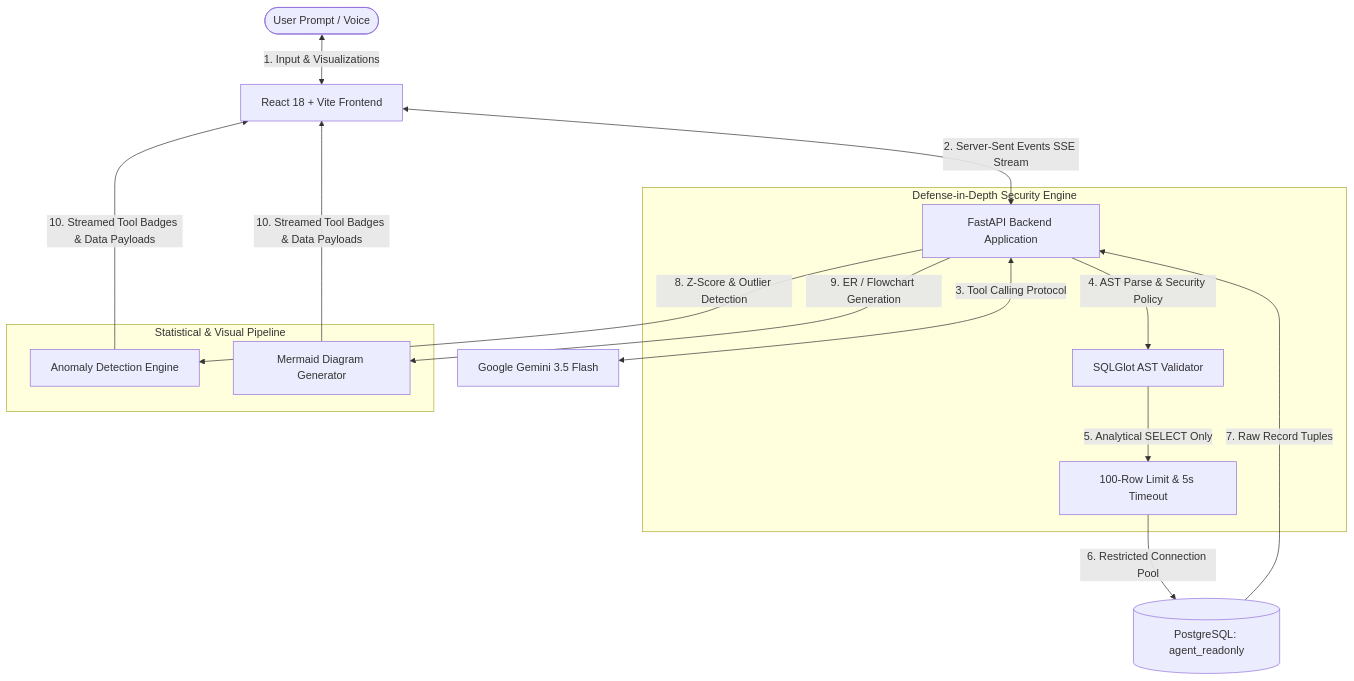
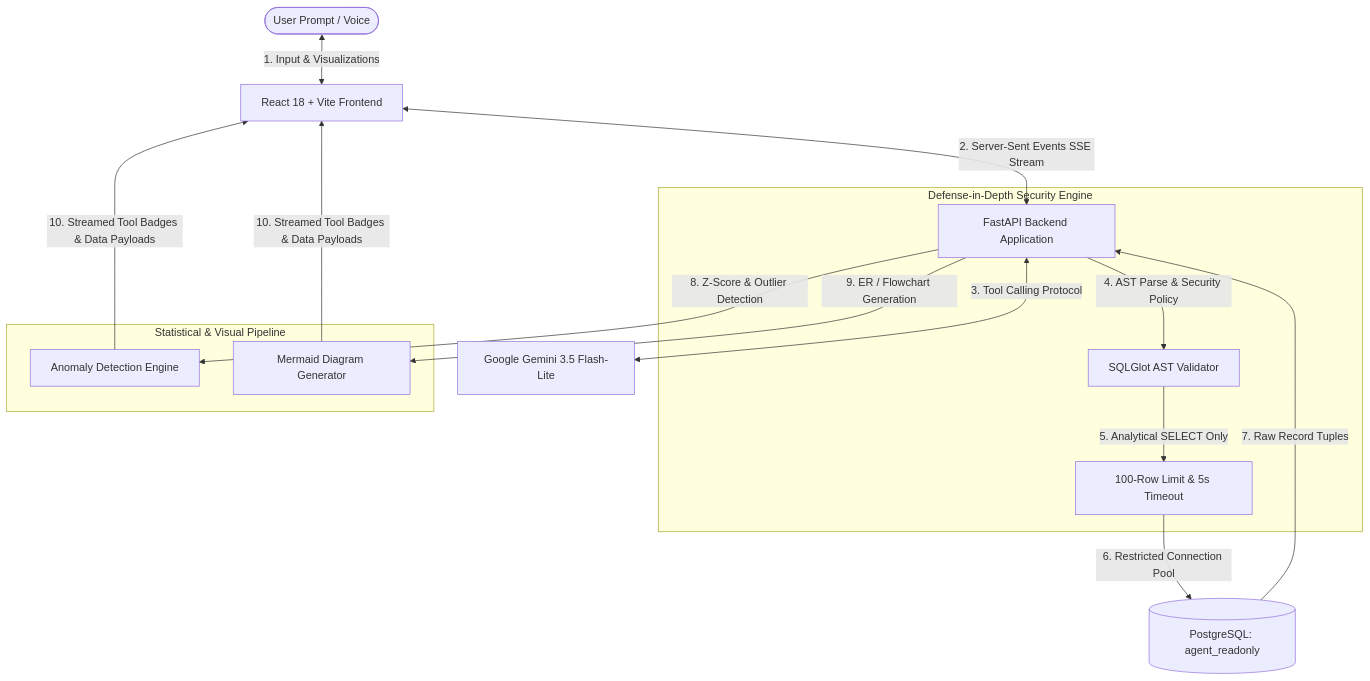
Before and after one commit to balax-24/ledger-sql-agent: the diagram in README.md, drawn with Mermaid. The commit also changed other lines of this file and 15 other files, not shown here.

````diff
--- a/README.md
+++ b/README.md
@@ -106,22 +109,22 @@
 ```mermaid
 flowchart TD
     User([User Prompt / Voice]) <-->|1. Input & Visualizations| UI[React 18 + Vite Frontend]
     UI <-->|2. Server-Sent Events SSE Stream| Backend[FastAPI Backend Application]
-    Backend <-->|3. Tool Calling Protocol| LLM[Google Gemini 3.5 Flash]
+    Backend <-->|3. Tool Calling Protocol| LLM[Google Gemini 3.5 Flash-Lite]
 
     subgraph Security_Engine [Defense-in-Depth Security Engine]
         Backend -->|4. AST Parse & Security Policy| AST[SQLGlot AST Validator]
         AST -->|5. Analytical SELECT Only| DBPolicy[100-Row Limit & 5s Timeout]
     end
 
     DBPolicy -->|6. Restricted Connection Pool| PG[(PostgreSQL: agent_readonly)]
     PG -->|7. Raw Record Tuples| Backend
 
     subgraph Analytics_Layer [Statistical & Visual Pipeline]
         Backend -->|8. Z-Score & Outlier Detection| Anomaly[Anomaly Detection Engine]
         Backend -->|9. ER / Flowchart Generation| Diagram[Mermaid Diagram Generator]
     end
 
     Anomaly -->|10. Streamed Tool Badges & Data Payloads| UI
     Diagram -->|10. Streamed Tool Badges & Data Payloads| UI
 ```
````
